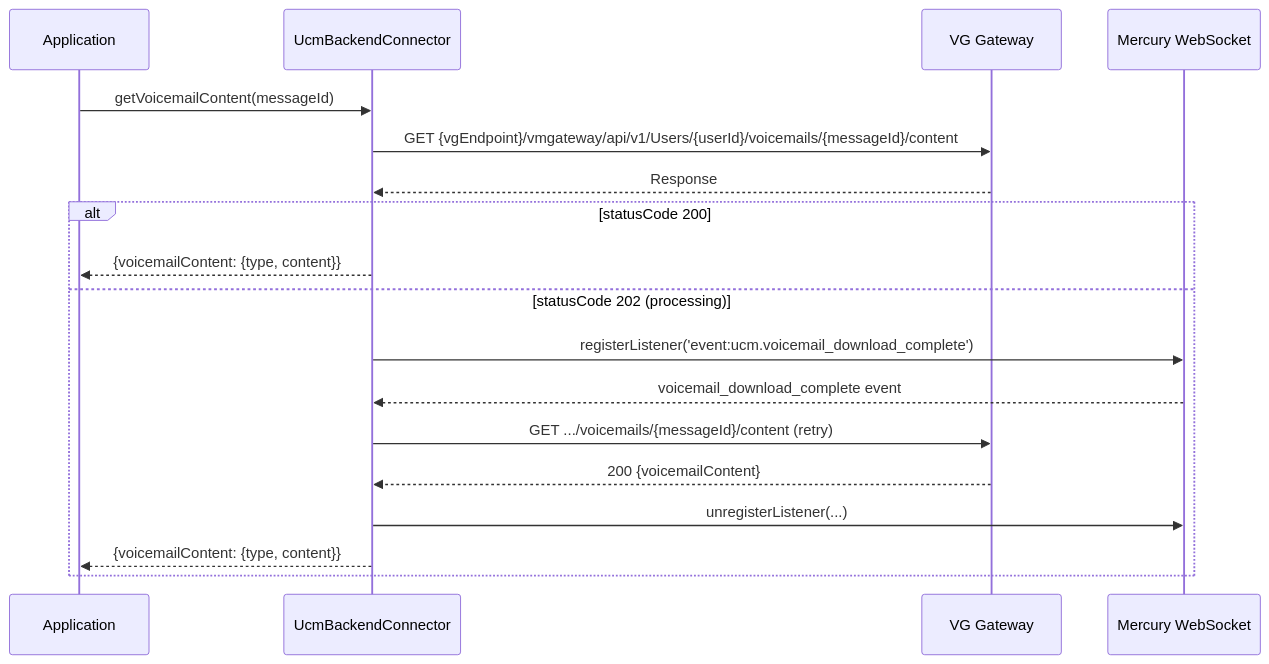
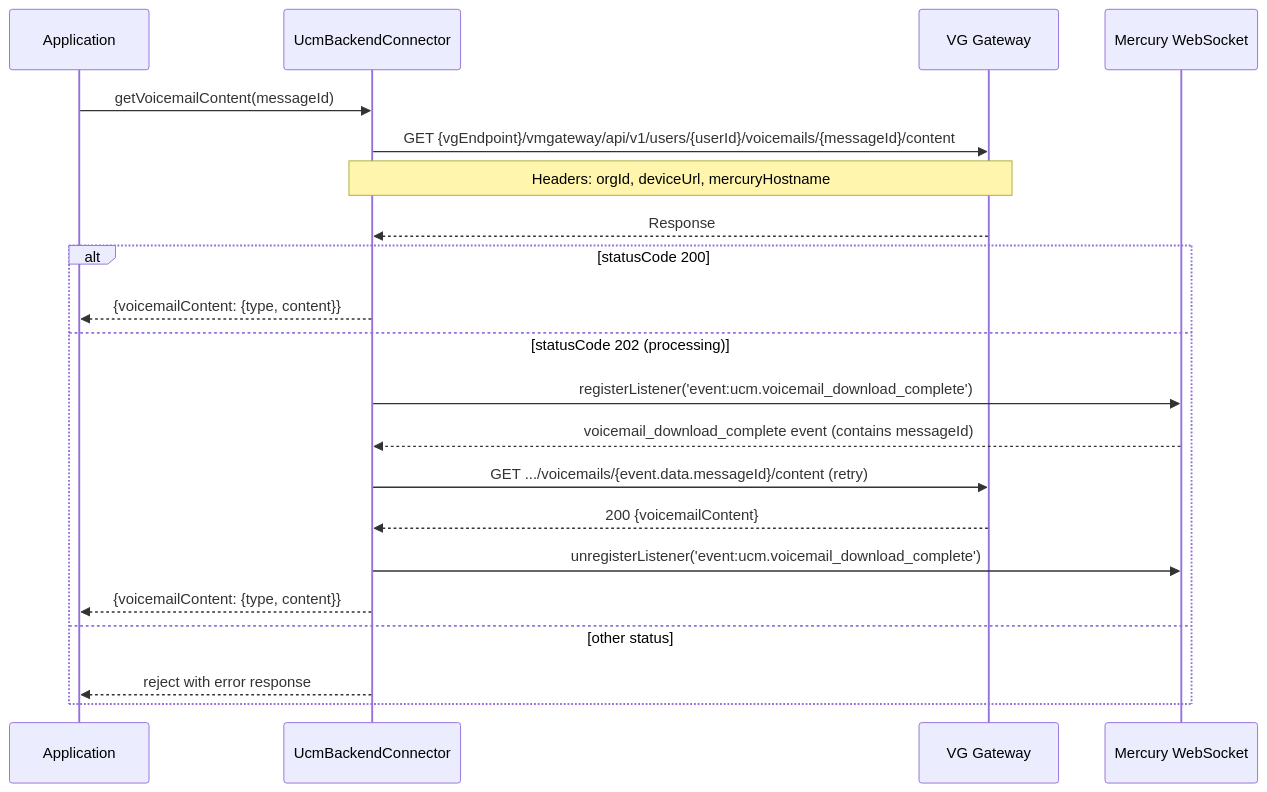
Before and after one commit to webex/webex-js-sdk: the fourth of 5 diagrams in packages/calling/src/Voicemail/ai-docs/ARCHITECTURE.md, drawn with Mermaid. The commit also changed other lines of this file and 1 other file, not shown here.

````diff
--- a/packages/calling/src/Voicemail/ai-docs/ARCHITECTURE.md
+++ b/packages/calling/src/Voicemail/ai-docs/ARCHITECTURE.md
@@ -146,23 +151,26 @@
 ```mermaid
 sequenceDiagram
     participant App as Application
     participant UCM as UcmBackendConnector
     participant VG as VG Gateway
     participant Mercury as Mercury WebSocket
 
     App->>UCM: getVoicemailContent(messageId)
-    UCM->>VG: GET {vgEndpoint}/vmgateway/api/v1/Users/{userId}/voicemails/{messageId}/content
+    UCM->>VG: GET {vgEndpoint}/vmgateway/api/v1/users/{userId}/voicemails/{messageId}/content
+    Note over UCM,VG: Headers: orgId, deviceUrl, mercuryHostname
     VG-->>UCM: Response
 
     alt statusCode 200
         UCM-->>App: {voicemailContent: {type, content}}
     else statusCode 202 (processing)
         UCM->>Mercury: registerListener('event:ucm.voicemail_download_complete')
-        Mercury-->>UCM: voicemail_download_complete event
+        Mercury-->>UCM: voicemail_download_complete event (contains messageId)
 
-        UCM->>VG: GET .../voicemails/{messageId}/content (retry)
+        UCM->>VG: GET .../voicemails/{event.data.messageId}/content (retry)
         VG-->>UCM: 200 {voicemailContent}
-        UCM->>Mercury: unregisterListener(...)
+        UCM->>Mercury: unregisterListener('event:ucm.voicemail_download_complete')
         UCM-->>App: {voicemailContent: {type, content}}
+    else other status
+        UCM-->>App: reject with error response
     end
 ```
````
